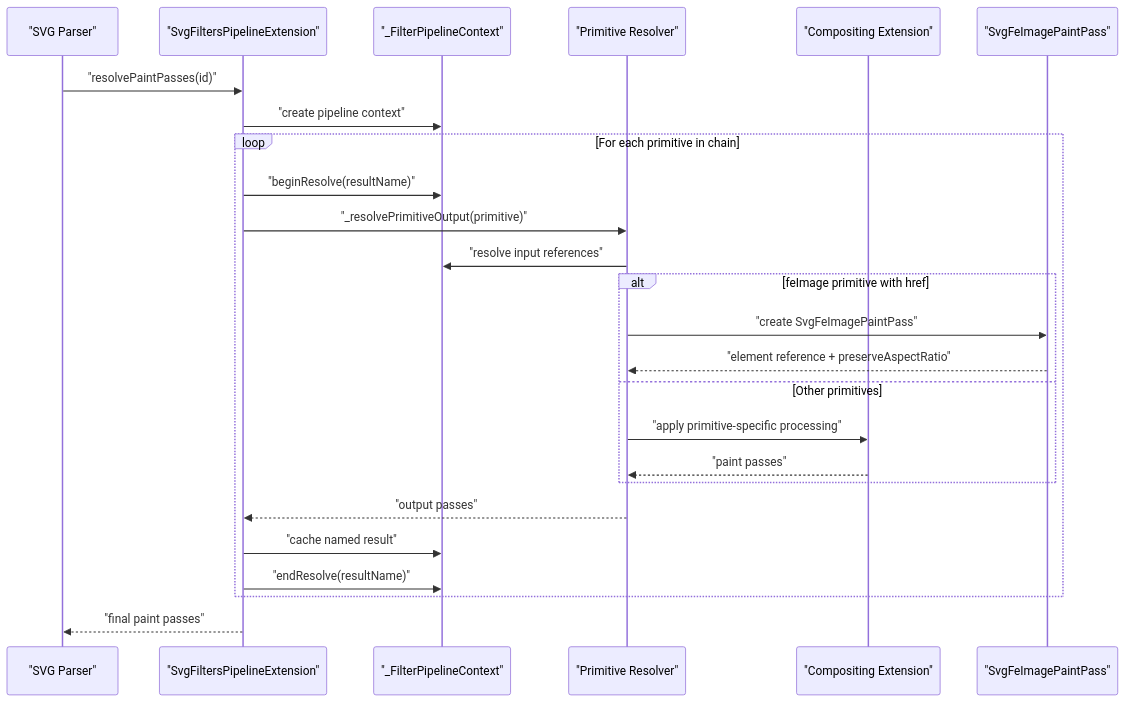
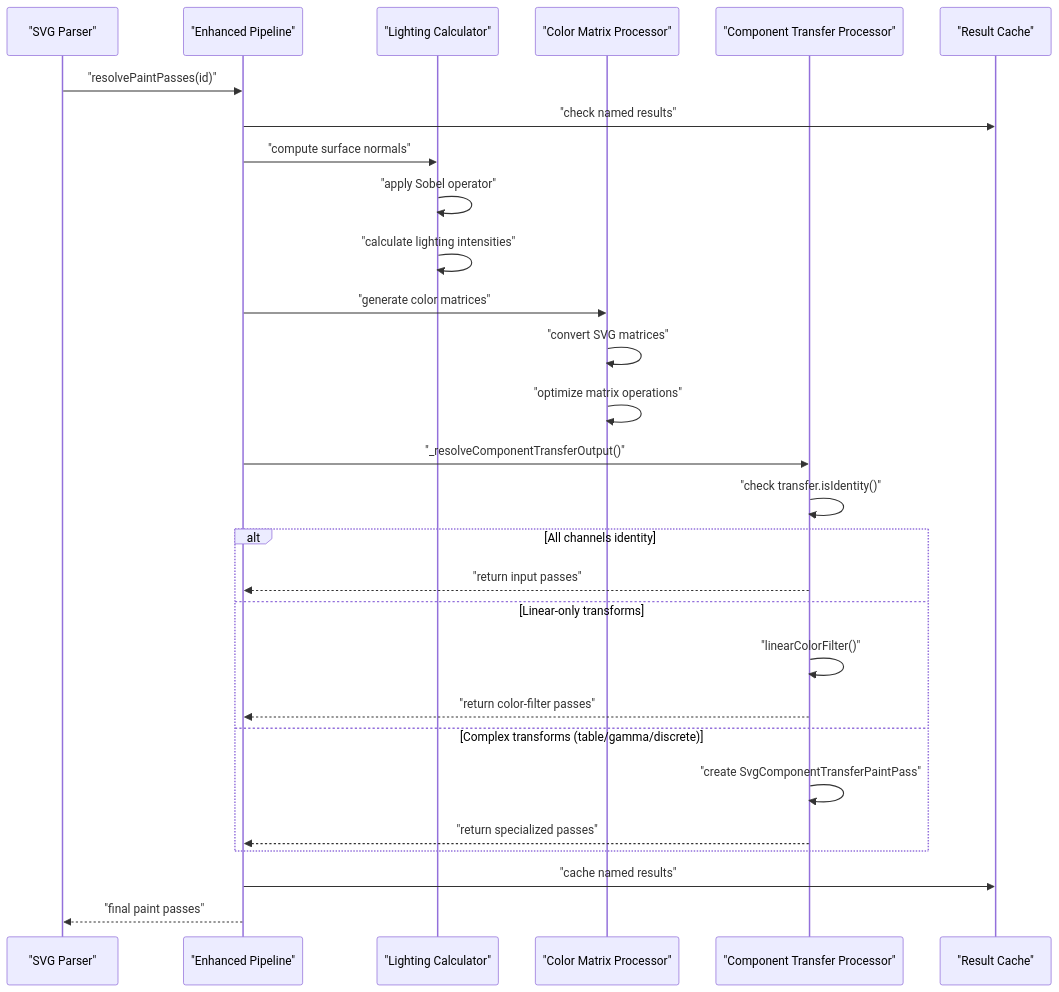
Before and after one commit to denisnadey/flutter_full_svg_support: the second of 2 diagrams in .qoder/repowiki/en/content/Animated SVG Support/Advanced Animation Features/SVG Filters and Effects/SVG Filters and Effects.md, drawn with Mermaid. The commit also changed other lines of this file and 20 other files, not shown here.

````diff
--- a/.qoder/repowiki/en/content/Animated SVG Support/Advanced Animation Features/SVG Filters and Effects/SVG Filters and Effects.md
+++ b/.qoder/repowiki/en/content/Animated SVG Support/Advanced Animation Features/SVG Filters and Effects/SVG Filters and Effects.md
@@ -165,27 +140,30 @@
 ```mermaid
 sequenceDiagram
 participant Parser as "SVG Parser"
-participant Pipeline as "SvgFiltersPipelineExtension"
-participant Context as "_FilterPipelineContext"
-participant Primitive as "Primitive Resolver"
-participant Compositor as "Compositing Extension"
-participant FeImage as "SvgFeImagePaintPass"
+participant Pipeline as "Enhanced Pipeline"
+participant Lighting as "Lighting Calculator"
+participant ColorMatrix as "Color Matrix Processor"
+participant CTProcessor as "Component Transfer Processor"
+participant Cache as "Result Cache"
 Parser->>Pipeline : "resolvePaintPasses(id)"
-Pipeline->>Context : "create pipeline context"
-loop For each primitive in chain
-Pipeline->>Context : "beginResolve(resultName)"
-Pipeline->>Primitive : "_resolvePrimitiveOutput(primitive)"
-Primitive->>Context : "resolve input references"
-alt feImage primitive with href
-Primitive->>FeImage : "create SvgFeImagePaintPass"
-FeImage-->>Primitive : "element reference + preserveAspectRatio"
-else Other primitives
-Primitive->>Compositor : "apply primitive-specific processing"
-Compositor-->>Primitive : "paint passes"
+Pipeline->>Cache : "check named results"
+Pipeline->>Lighting : "compute surface normals"
+Lighting->>Lighting : "apply Sobel operator"
+Lighting->>Lighting : "calculate lighting intensities"
+Pipeline->>ColorMatrix : "generate color matrices"
+ColorMatrix->>ColorMatrix : "convert SVG matrices"
+ColorMatrix->>ColorMatrix : "optimize matrix operations"
+Pipeline->>CTProcessor : "_resolveComponentTransferOutput()"
+CTProcessor->>CTProcessor : "check transfer.isIdentity()"
+alt All channels identity
+CTProcessor-->>Pipeline : "return input passes"
+else Linear-only transforms
+CTProcessor->>CTProcessor : "linearColorFilter()"
+CTProcessor-->>Pipeline : "return color-filter passes"
+else Complex transforms (table/gamma/discrete)
+CTProcessor->>CTProcessor : "create SvgComponentTransferPaintPass"
+CTProcessor-->>Pipeline : "return specialized passes"
 end
-Primitive-->>Pipeline : "output passes"
-Pipeline->>Context : "cache named result"
-Pipeline->>Context : "endResolve(resultName)"
-end
+Pipeline->>Cache : "cache named results"
 Pipeline-->>Parser : "final paint passes"
 ```
````
